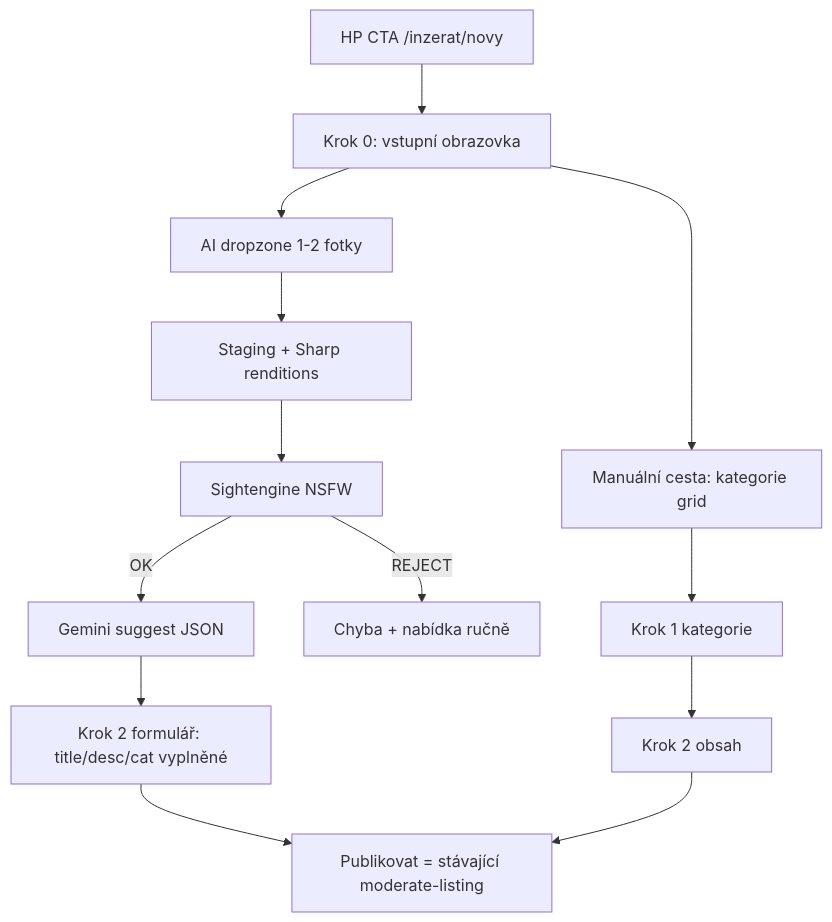
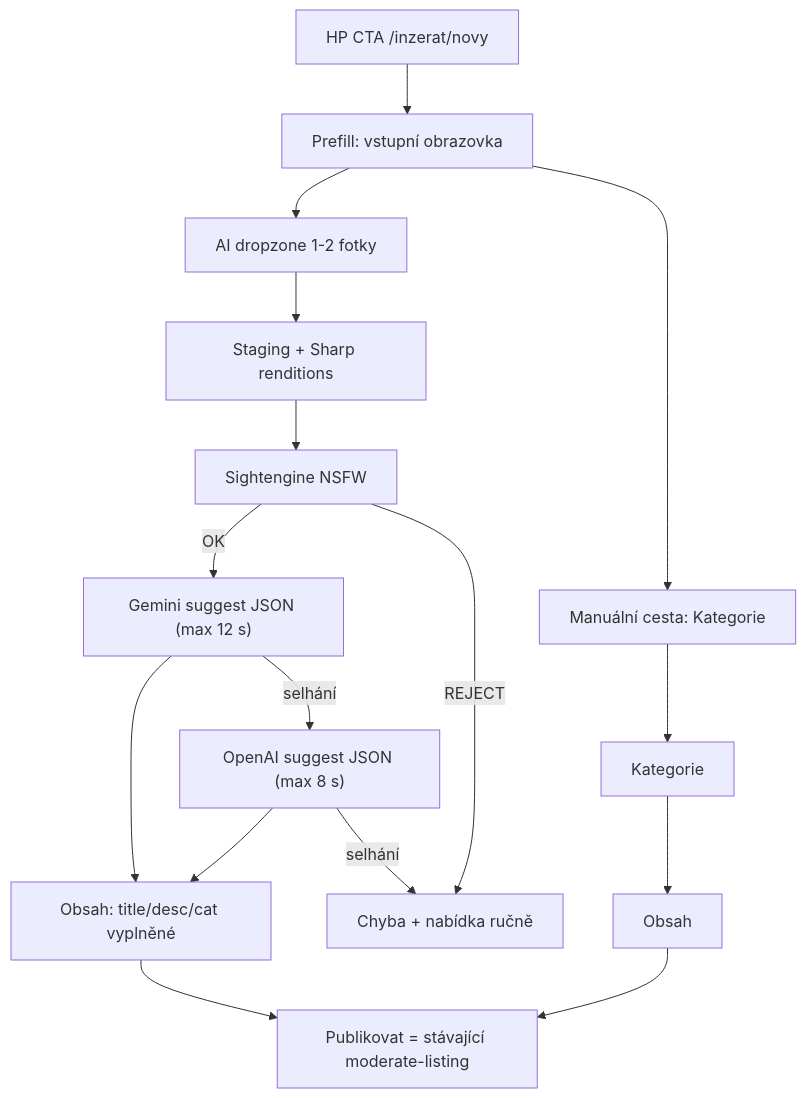
One commit to Radek1645/HobbyUserMarket changed the diagram in docs/Metodika.md. Above: the diagram before and after it, drawn with Mermaid. The commit also changed other lines of this file and 11 other files, not shown here.

First line of the commit message:
feat: add OpenAI fallback for photo-first prefill

````diff
--- a/docs/Metodika.md
+++ b/docs/Metodika.md
@@ -273,15 +299,18 @@
 ```mermaid
 flowchart TD
-  HP["HP CTA /inzerat/novy"] --> Entry["Krok 0: vstupní obrazovka"]
+  HP["HP CTA /inzerat/novy"] --> Entry["Prefill: vstupní obrazovka"]
   Entry --> AI["AI dropzone 1-2 fotky"]
-  Entry --> Manual["Manuální cesta: kategorie grid"]
+  Entry --> Manual["Manuální cesta: Kategorie"]
   AI --> Upload["Staging + Sharp renditions"]
   Upload --> NSFW["Sightengine NSFW"]
-  NSFW -->|OK| Gemini["Gemini suggest JSON"]
+  NSFW -->|OK| Gemini["Gemini suggest JSON (max 12 s)"]
   NSFW -->|REJECT| FailSoft["Chyba + nabídka ručně"]
-  Gemini --> Prefill["Krok 2 formulář: title/desc/cat vyplněné"]
-  Prefill --> Publish["Publikovat = stávající moderate-listing"]
-  Manual --> CatStep["Krok 1 kategorie"]
-  CatStep --> ContentStep["Krok 2 obsah"]
+  Gemini --> Content["Obsah: title/desc/cat vyplněné"]
+  Gemini -->|selhání| OpenAI["OpenAI suggest JSON (max 8 s)"]
+  OpenAI --> Content
+  OpenAI -->|selhání| FailSoft
+  Content --> Publish["Publikovat = stávající moderate-listing"]
+  Manual --> CatStep["Kategorie"]
+  CatStep --> ContentStep["Obsah"]
   ContentStep --> Publish
 ```
````
